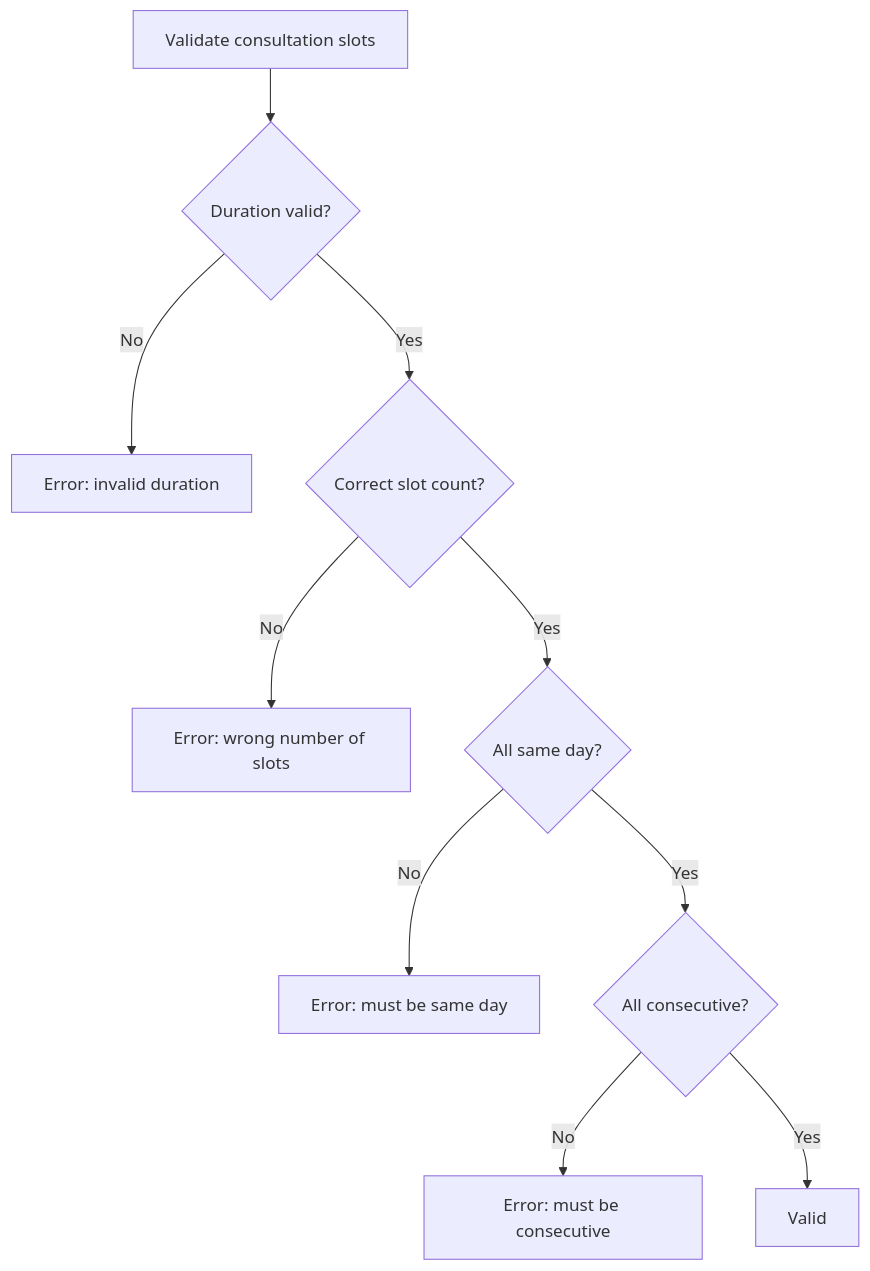
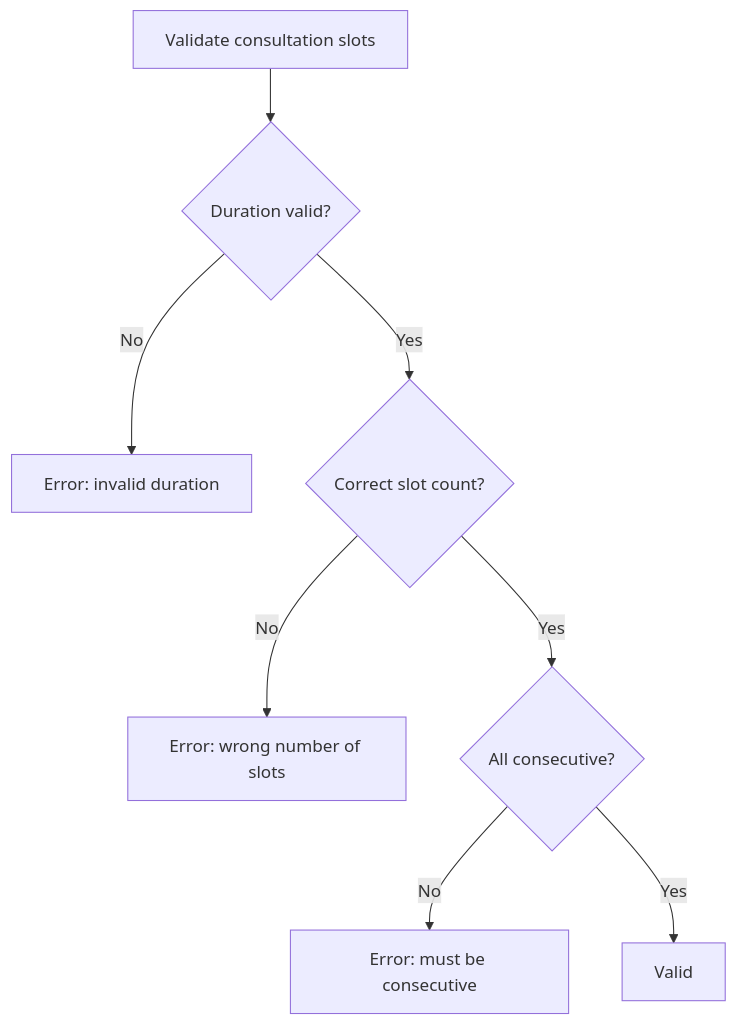
Before and after one commit to Practitionist/familiarise_web: the first of 5 diagrams in docs/booking/02-event-types-and-validation.md, drawn with Mermaid. The commit also changed other lines of this file and 18 other files, not shown here.

````diff
--- a/docs/booking/02-event-types-and-validation.md
+++ b/docs/booking/02-event-types-and-validation.md
@@ -30,12 +32,10 @@
 ```mermaid
 flowchart TD
     A[Validate consultation slots] --> B{Duration valid?}
     B -->|No| X1[Error: invalid duration]
     B -->|Yes| C{Correct slot count?}
     C -->|No| X2[Error: wrong number of slots]
-    C -->|Yes| D{All same day?}
-    D -->|No| X3[Error: must be same day]
-    D -->|Yes| E{All consecutive?}
+    C -->|Yes| E{All consecutive?}
     E -->|No| X4[Error: must be consecutive]
     E -->|Yes| F[Valid]
 ```
````
